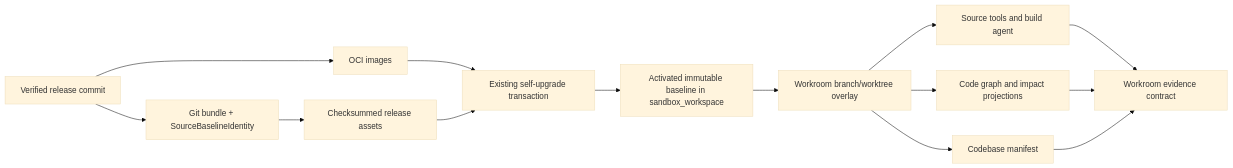
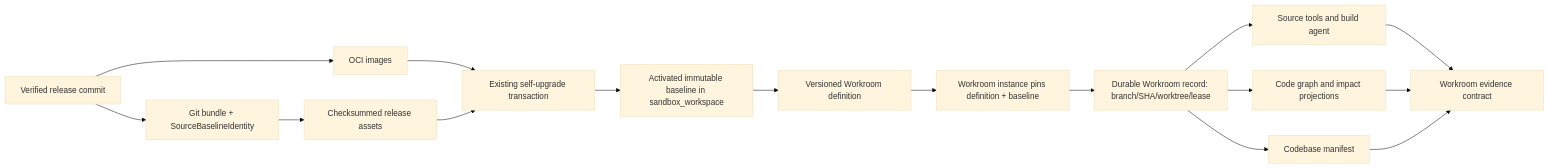
The diagram in docs/superpowers/specs/2026-08-26-source-free-install-development-substrate-design.md (OpenDigitalProductFactory/opendigitalproductfactory), drawn with Mermaid (base theme) before and after one commit. The commit also changed other lines of this file and 1 other file, not shown here.

First line of the commit message:
docs: refresh source-free install architecture

````diff
--- a/docs/superpowers/specs/2026-08-26-source-free-install-development-substrate-design.md
+++ b/docs/superpowers/specs/2026-08-26-source-free-install-development-substrate-design.md
@@ -149,16 +209,18 @@
 ```mermaid
 flowchart LR
   R["Verified release commit"] --> B["Git bundle + SourceBaselineIdentity"]
   R --> I["OCI images"]
   B --> A["Checksummed release assets"]
   I --> U["Existing self-upgrade transaction"]
   A --> U
   U --> S["Activated immutable baseline in sandbox_workspace"]
-  S --> W["Workroom branch/worktree overlay"]
+  S --> D["Versioned Workroom definition"]
+  D --> WI["Workroom instance pins definition + baseline"]
+  WI --> W["Durable Workroom record: branch/SHA/worktree/lease"]
   W --> T["Source tools and build agent"]
   W --> G["Code graph and impact projections"]
   W --> M["Codebase manifest"]
   T --> E["Workroom evidence contract"]
   G --> E
   M --> E
 ```
````
